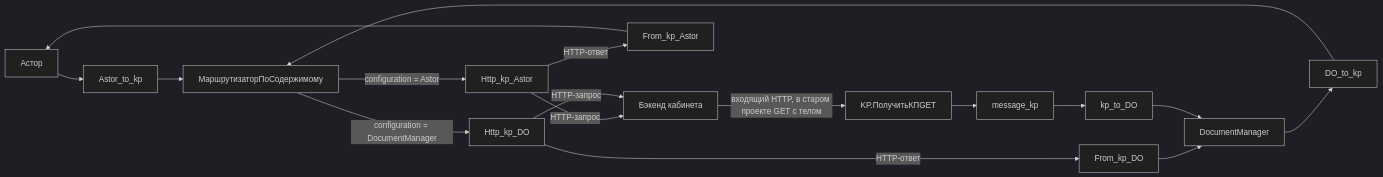
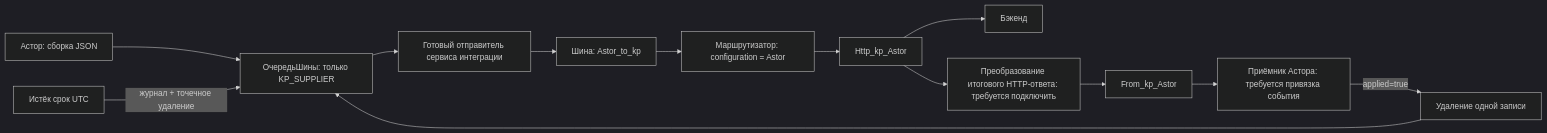
Before and after one commit to DEN97SE/react_project: the diagram in onec/docs/architecture.md, drawn with Mermaid (dark theme). The commit also changed other lines of this file and 33 other files, not shown here.

````diff
--- a/onec/docs/architecture.md
+++ b/onec/docs/architecture.md
@@ -5,19 +5,15 @@
 ```mermaid
 flowchart LR
-  A[Астор] --> AK[Astor_to_kp]
-  AK --> R[МаршрутизаторПоСодержимому]
-  D[DocumentManager] --> DK[DO_to_kp]
-  DK --> R
-  R -->|configuration = Astor| HA[Http_kp_Astor]
-  R -->|configuration = DocumentManager| HD[Http_kp_DO]
-  HA -->|HTTP-запрос| B[Бэкенд кабинета]
-  HD -->|HTTP-запрос| B
-  HA -->|HTTP-ответ| RA[From_kp_Astor]
-  RA --> A
-  HD -->|HTTP-ответ| RD[From_kp_DO]
-  RD --> D
-  B -->|входящий HTTP, в старом проекте GET с телом| KP[KP.ПолучитьКПGET]
-  KP --> M[message_kp]
-  M --> TD[kp_to_DO]
-  TD --> D
+  A[Астор: сборка JSON] --> Q[ОчередьШины: только KP_SUPPLIER]
+  Q --> S[Готовый отправитель сервиса интеграции]
+  S --> AK[Шина: Astor_to_kp]
+  AK --> R[Маршрутизатор: configuration = Astor]
+  R --> H[Http_kp_Astor]
+  H --> B[Бэкенд]
+  H --> P[Преобразование итогового HTTP-ответа: требуется подключить]
+  P --> F[From_kp_Astor]
+  F --> C[Приёмник Астора: требуется привязка события]
+  C -->|applied=true| D[Удаление одной записи]
+  D --> Q
+  T[Истёк срок UTC] -->|журнал + точечное удаление| Q
 ```
````
